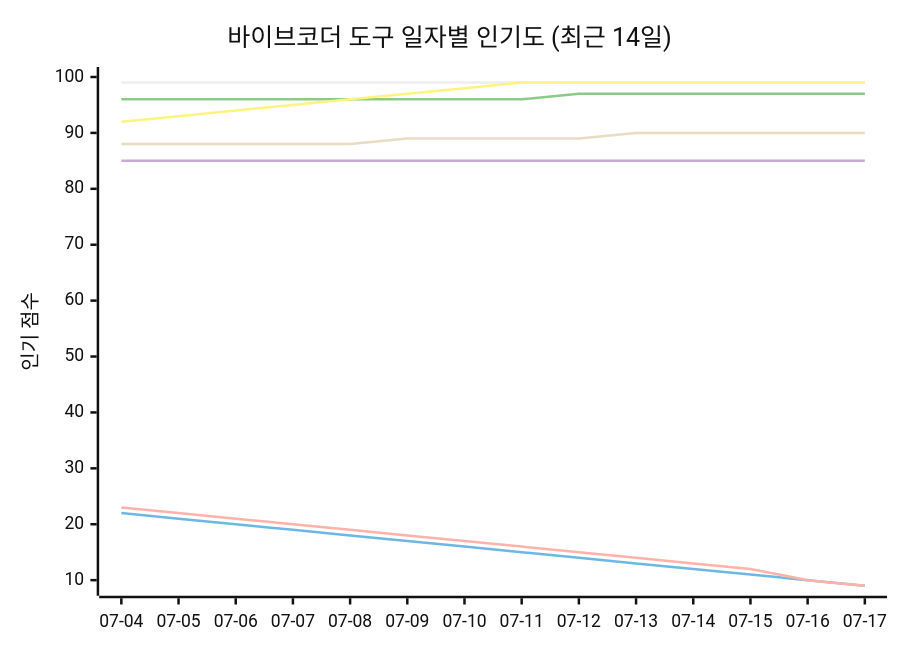
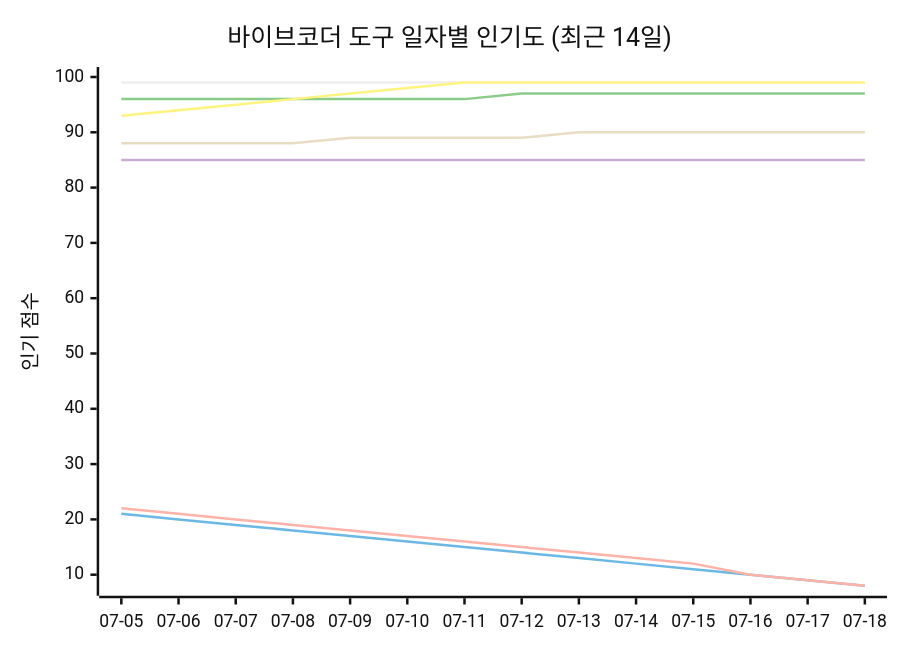
One commit to tykimos/ai-whatchelin changed the seventh of 11 diagrams in README_ko.md. Above: the diagram before and after it, drawn with Mermaid (neutral theme). The commit also changed other lines of this file and 4 other files, not shown here.

````diff
--- a/README_ko.md
+++ b/README_ko.md
@@ -1984,13 +1984,13 @@
 ```mermaid
 xychart-beta
     title "바이브코더 도구 일자별 인기도 (최근 14일)"
-    x-axis ["07-04", "07-05", "07-06", "07-07", "07-08", "07-09", "07-10", "07-11", "07-12", "07-13", "07-14", "07-15", "07-16", "07-17"]
-    y-axis "인기 점수" 9 --> 100
+    x-axis ["07-05", "07-06", "07-07", "07-08", "07-09", "07-10", "07-11", "07-12", "07-13", "07-14", "07-15", "07-16", "07-17", "07-18"]
+    y-axis "인기 점수" 8 --> 100
     line "Claude Code" [99, 99, 99, 99, 99, 99, 99, 99, 99, 99, 99, 99, 99, 99]
-    line "GH Copilot" [22, 21, 20, 19, 18, 17, 16, 15, 14, 13, 12, 11, 10, 9]
-    line "Cursor" [96, 96, 96, 96, 96, 96, 96, 96, 97, 97, 97, 97, 97, 97]
+    line "GH Copilot" [21, 20, 19, 18, 17, 16, 15, 14, 13, 12, 11, 10, 9, 8]
+    line "Cursor" [96, 96, 96, 96, 96, 96, 96, 97, 97, 97, 97, 97, 97, 97]
     line "Windsurf" [85, 85, 85, 85, 85, 85, 85, 85, 85, 85, 85, 85, 85, 85]
-    line "Codex CLI" [88, 88, 88, 88, 88, 89, 89, 89, 89, 90, 90, 90, 90, 90]
-    line "Gemini CLI" [23, 22, 21, 20, 19, 18, 17, 16, 15, 14, 13, 12, 10, 9]
-    line "Antigravity" [92, 93, 94, 95, 96, 97, 98, 99, 99, 99, 99, 99, 99, 99]
+    line "Codex CLI" [88, 88, 88, 88, 89, 89, 89, 89, 90, 90, 90, 90, 90, 90]
+    line "Gemini CLI" [22, 21, 20, 19, 18, 17, 16, 15, 14, 13, 12, 10, 9, 8]
+    line "Antigravity" [93, 94, 95, 96, 97, 98, 99, 99, 99, 99, 99, 99, 99, 99]
 ```
````
